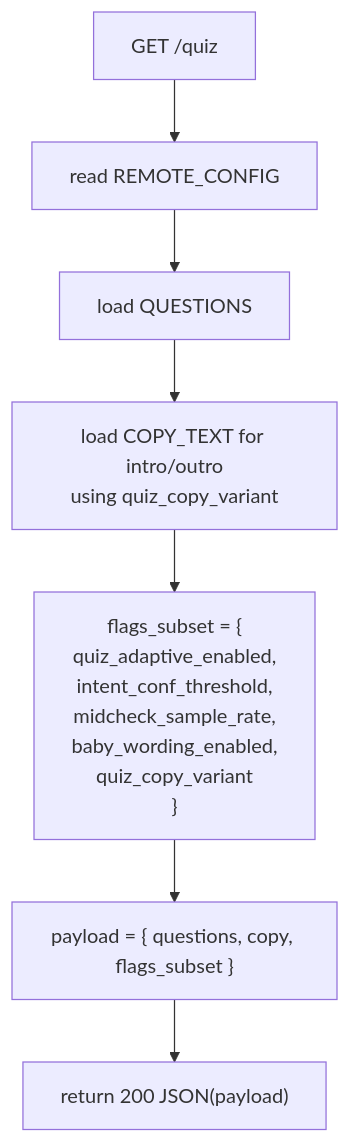
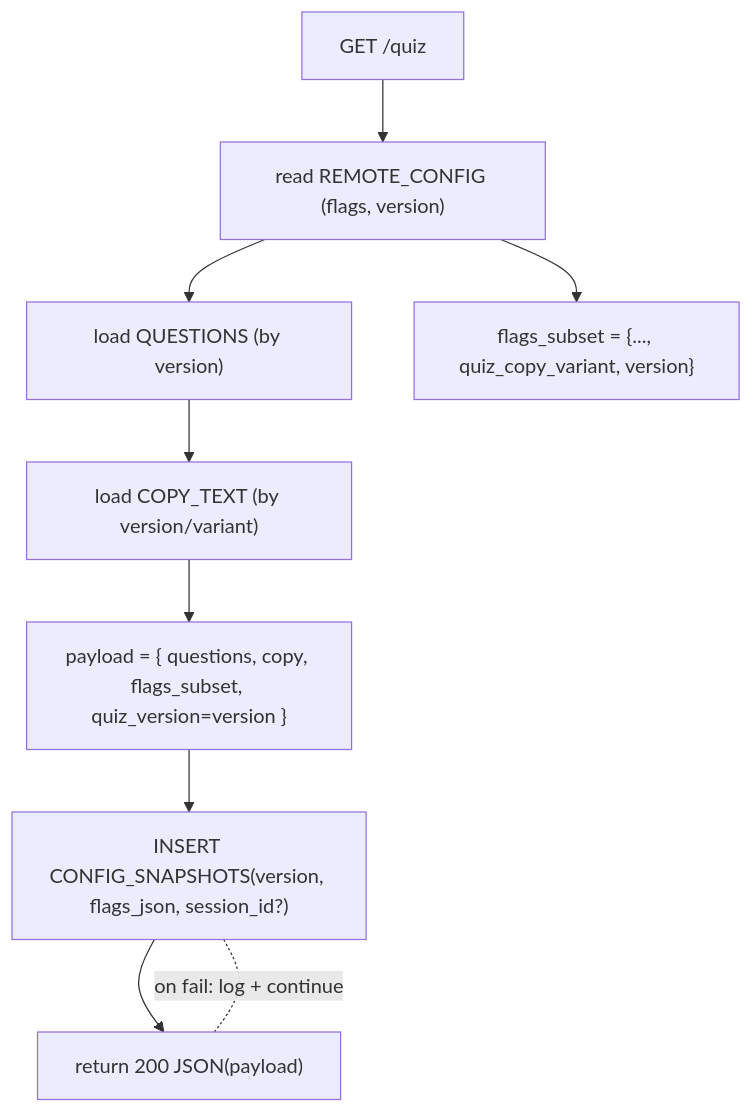
One commit to alexandrafofel/brightfutureahead changed the diagram in content/app-web/architecture/pre-mvp/03-backend-api/get-quiz-build-payload-from-DB-and-flags.mmd. Above: the diagram before and after it, drawn with Mermaid. The commit also changed 36 other files, not shown here.

Commit message:
chore(architecture): update diagrams to close gaps

```diff
--- a/content/app-web/architecture/pre-mvp/03-backend-api/get-quiz-build-payload-from-DB-and-flags.mmd
+++ b/content/app-web/architecture/pre-mvp/03-backend-api/get-quiz-build-payload-from-DB-and-flags.mmd
@@ -1,7 +1,9 @@
 flowchart TD
-  A["GET /quiz"] --> B["read REMOTE_CONFIG"]
-  B --> C["load QUESTIONS"]
-  C --> D["load COPY_TEXT for intro/outro\nusing quiz_copy_variant"]
-  D --> E["flags_subset = {\n  quiz_adaptive_enabled,\n  intent_conf_threshold,\n  midcheck_sample_rate,\n  baby_wording_enabled,\n  quiz_copy_variant\n}"]
-  E --> F["payload = { questions, copy, flags_subset }"]
-  F --> G["return 200 JSON(payload)"]
+  A["GET /quiz"] --> B["read REMOTE_CONFIG (flags, version)"]
+  B --> C["load QUESTIONS (by version)"]
+  C --> D["load COPY_TEXT (by version/variant)"]
+  B --> E["flags_subset = {..., quiz_copy_variant, version}"]
+  D --> F["payload = { questions, copy, flags_subset, quiz_version=version }"]
+  F --> G["INSERT CONFIG_SNAPSHOTS(version, flags_json, session_id?)"]
+  G --> H["return 200 JSON(payload)"]
+  G -. on fail: log + continue .- H
```
